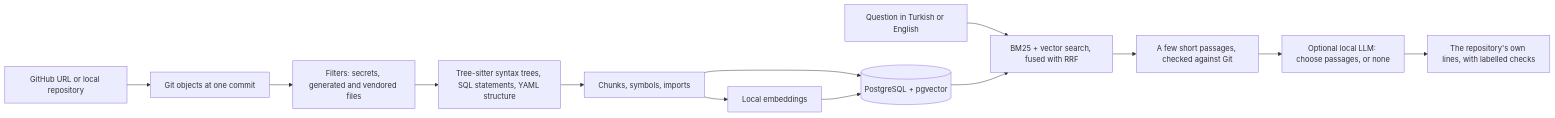
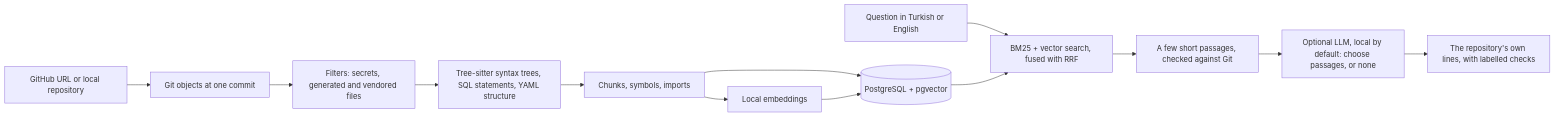
One commit to melihuur1/repomind-ai changed the diagram in README.en.md. Above: the diagram before and after it, drawn with Mermaid. The commit also changed other lines of this file and 1 other file, not shown here.

````diff
--- a/README.en.md
+++ b/README.en.md
@@ -52,15 +53,15 @@
 ```mermaid
 flowchart LR
     U[GitHub URL or local repository] --> G[Git objects at one commit]
     G --> F[Filters: secrets, generated and vendored files]
     F --> T[Tree-sitter syntax trees, SQL statements, YAML structure]
     T --> C[Chunks, symbols, imports]
     C --> E[Local embeddings]
     C --> DB[(PostgreSQL + pgvector)]
     E --> DB
     Q[Question in Turkish or English] --> S[BM25 + vector search, fused with RRF]
     DB --> S
     S --> P[A few short passages, checked against Git]
-    P --> M[Optional local LLM: choose passages, or none]
+    P --> M[Optional LLM, local by default: choose passages, or none]
     M --> A[The repository's own lines, with labelled checks]
 ```
````
